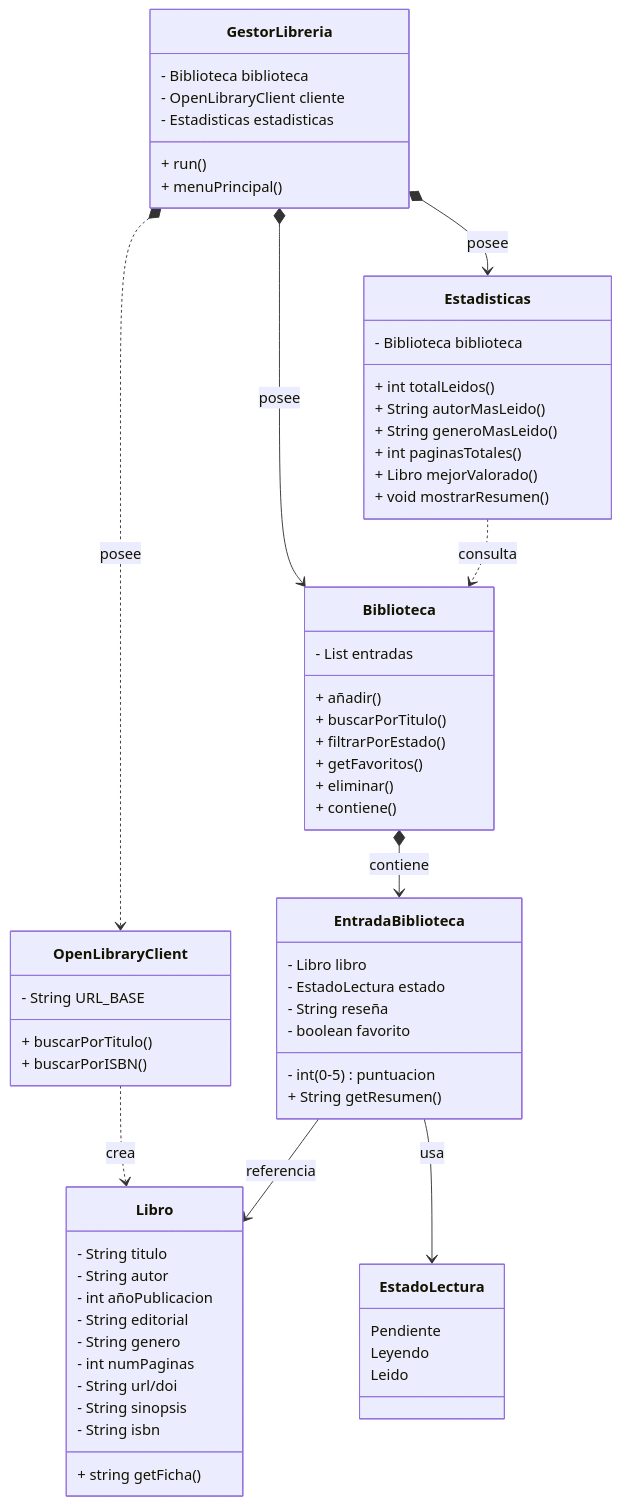
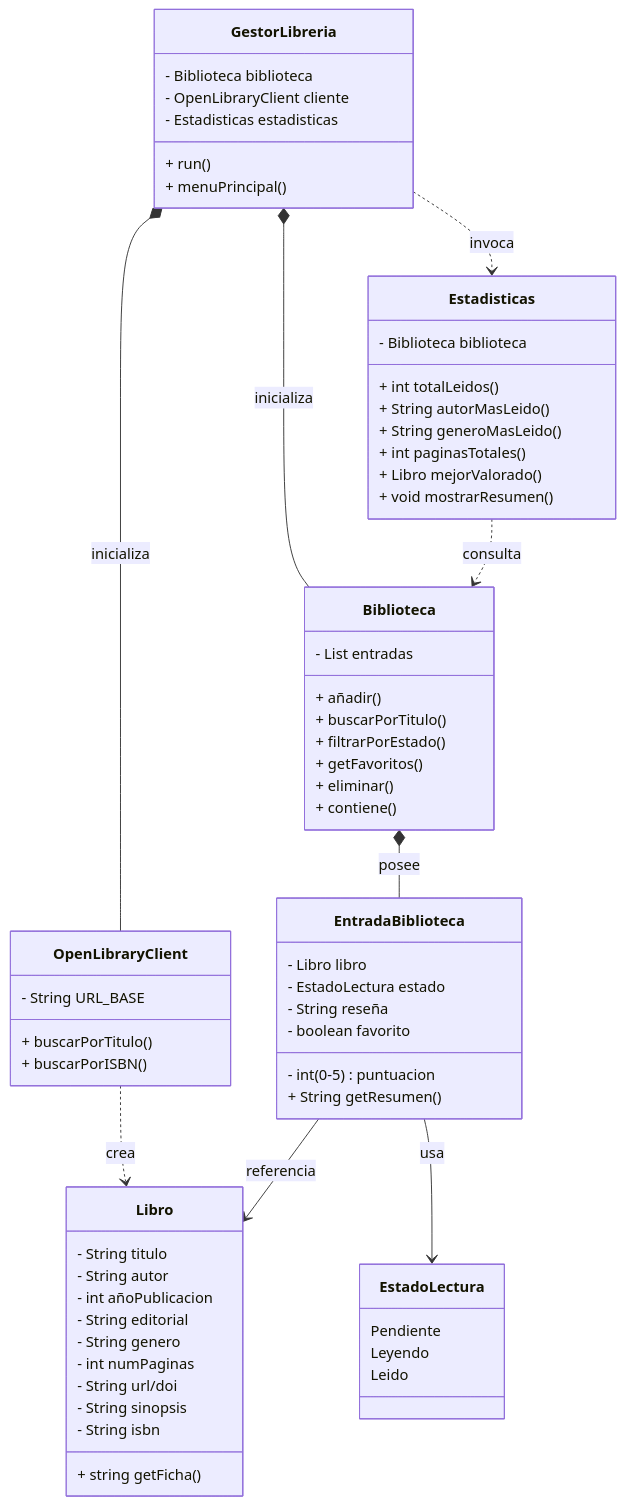
One commit to pcmiralles/Proyecto-Java changed the diagram in especificaciones.md. Above: the diagram before and after it, drawn with Mermaid. The commit also changed other lines of this file, not shown here.

````diff
--- a/especificaciones.md
+++ b/especificaciones.md
@@ -62,74 +63,74 @@
 ```mermaid
 classDiagram
     EntradaBiblioteca --> Libro : referencia
     EntradaBiblioteca --> EstadoLectura : usa
 
-    Biblioteca *--> EntradaBiblioteca : contiene
+    Biblioteca *-- EntradaBiblioteca : posee
 
     Estadisticas ..> Biblioteca : consulta
 
     OpenLibraryClient ..> Libro : crea
 
-    GestorLibreria *--> Biblioteca : posee
-    GestorLibreria *--> Estadisticas : posee
-    GestorLibreria *..> OpenLibraryClient : posee
+    GestorLibreria *-- Biblioteca : inicializa
+    GestorLibreria *-- OpenLibraryClient : inicializa
+    GestorLibreria ..> Estadisticas : invoca
 
     class Libro {
         - String titulo
         - String autor
         - int añoPublicacion
         - String editorial
         - String genero
         - int numPaginas
         - String url/doi
         - String sinopsis
         - String isbn
         + string getFicha()
     }
     class EstadoLectura {
         Pendiente
         Leyendo
         Leido
     }
     class EntradaBiblioteca {
         - Libro libro
         - EstadoLectura estado
         - int (0-5) puntuacion
         - String reseña
         - boolean favorito
         + String getResumen()
     }
     class Biblioteca {
         - List<EntradaBiblioteca> entradas
         + añadir()
         + buscarPorTitulo()
         + filtrarPorEstado()
         + getFavoritos()
         + eliminar()
         + contiene()
     }
 
     class OpenLibraryClient {
         - String URL_BASE
         + buscarPorTitulo()
         + buscarPorISBN()
     }
 
     class Estadisticas {
         - Biblioteca biblioteca
         + int totalLeidos()
         + String autorMasLeido()
         + String generoMasLeido()
         + int paginasTotales()
         + Libro mejorValorado()
         + void mostrarResumen()
     }
 
     class GestorLibreria {
         - Biblioteca biblioteca
         - OpenLibraryClient cliente
         - Estadisticas estadisticas
         + run()
         + menuPrincipal()
     }
 ```
````
